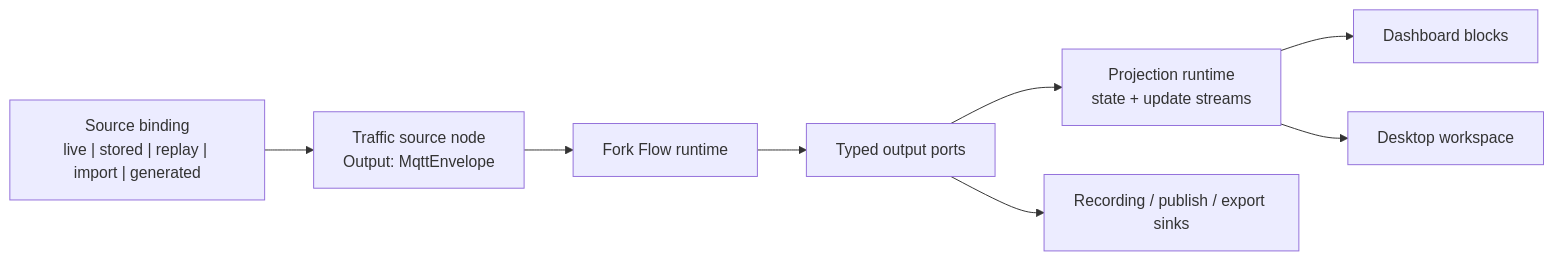
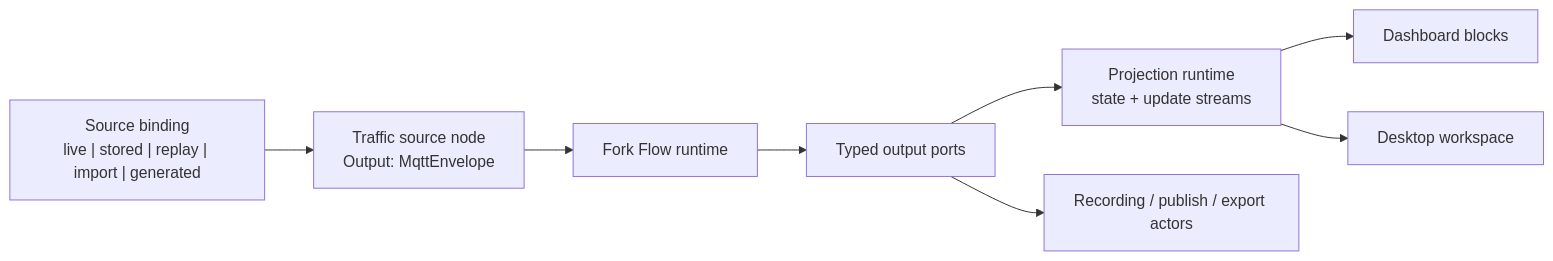
The diagram in memory/06-source-agnostic-update-plan.md (araxis/FluxMq), drawn with Mermaid before and after one commit. The commit also changed other lines of this file and 70 other files, not shown here.

````diff
--- a/memory/06-source-agnostic-update-plan.md
+++ b/memory/06-source-agnostic-update-plan.md
@@ -103,10 +103,10 @@
 ```mermaid
 flowchart LR
     SourceBinding["Source binding\nlive | stored | replay | import | generated"] --> SourceNode["Traffic source node\nOutput: MqttEnvelope"]
     SourceNode --> Runtime["Fork Flow runtime"]
     Runtime --> OutputPorts["Typed output ports"]
     OutputPorts --> Projections["Projection runtime\nstate + update streams"]
-    OutputPorts --> Sinks["Recording / publish / export sinks"]
+    OutputPorts --> Actors["Recording / publish / export actors"]
     Projections --> Dashboard["Dashboard blocks"]
     Projections --> Workspace["Desktop workspace"]
 ```
````
